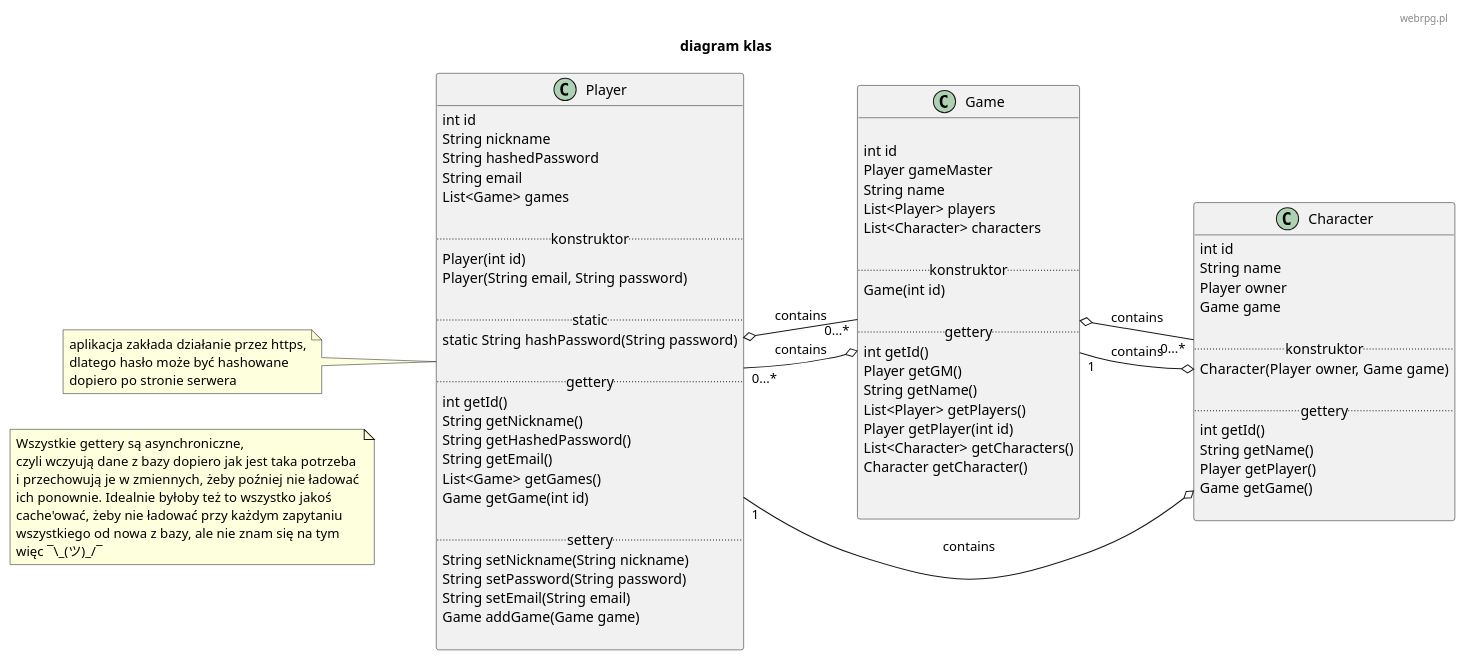
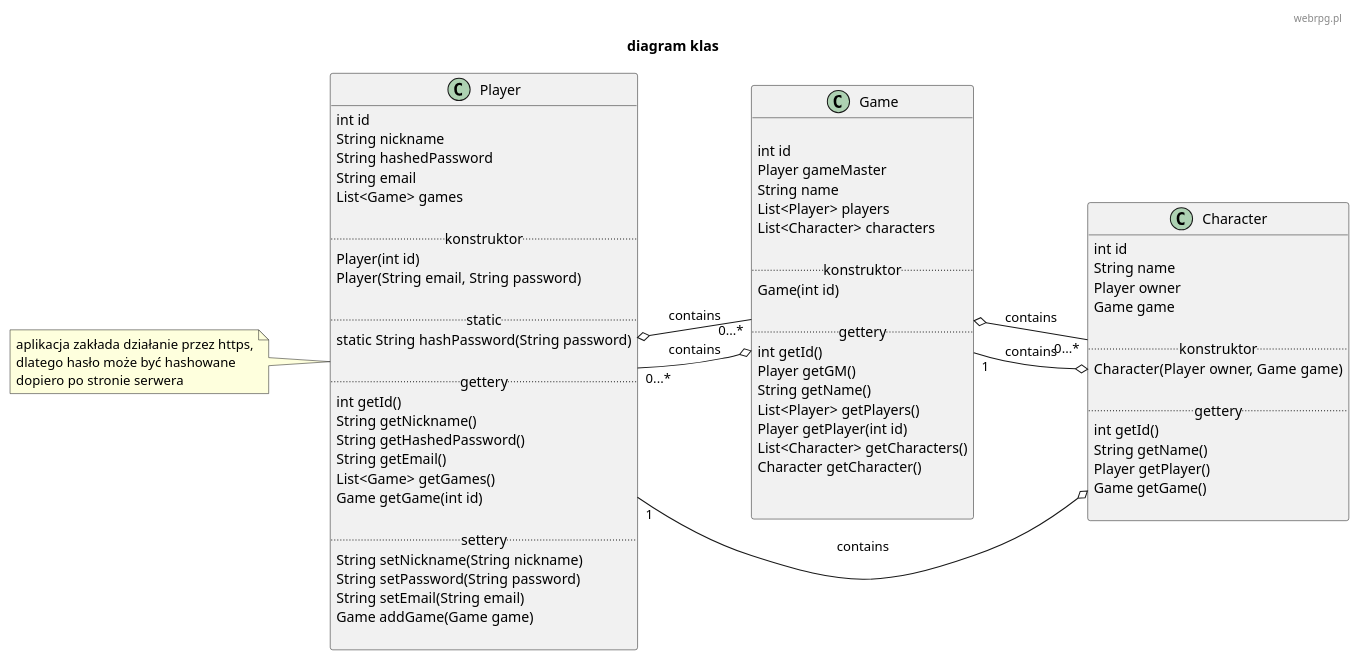
One commit to TheVivent-Politechnika-Lodzka/io_webrpg changed the diagram in diagrams/diagram_klas.plantuml. Above: the diagram before and after it, drawn with PlantUML. The commit also changed 1 other file, not shown here.

```diff
--- a/diagrams/diagram_klas.plantuml
+++ b/diagrams/diagram_klas.plantuml
@@ -1,105 +1,92 @@
 @startuml
 skinparam defaultFontName "Comic Sans MS"
 header webrpg.pl
 title "diagram klas"
 left to right direction
-
-
-note as n1
-    Wszystkie gettery są asynchroniczne,
-    czyli wczyują dane z bazy dopiero jak jest taka potrzeba
-    i przechowują je w zmiennych, żeby poźniej nie ładować
-    ich ponownie. Idealnie byłoby też to wszystko jakoś
-    cache'ować, żeby nie ładować przy każdym zapytaniu
-    wszystkiego od nowa z bazy, ale nie znam się na tym
-    więc ¯\_(ツ)_/¯
-end note
-
-
 
 class "Player" {
     int id
     String nickname
     String hashedPassword
     String email
     List<Game> games
 
     .. konstruktor ..
     Player(int id)
     Player(String email, String password)
 
     .. static ..
     static String hashPassword(String password)
 
     .. gettery ..
     int getId()
     String getNickname()
     String getHashedPassword()
     String getEmail()
     List<Game> getGames()
     Game getGame(int id)
 
     .. settery ..
     String setNickname(String nickname)
     String setPassword(String password)
     String setEmail(String email)
     Game addGame(Game game)
 
 }
 note left of Player
     aplikacja zakłada działanie przez https,
     dlatego hasło może być hashowane
     dopiero po stronie serwera
 end note
 
 
 class "Game"{
     
     int id
     Player gameMaster
     String name
     List<Player> players
     List<Character> characters
 
     .. konstruktor ..
     Game(int id)
 
     .. gettery ..
     int getId()
     Player getGM()
     String getName()
     List<Player> getPlayers()
     Player getPlayer(int id)
     List<Character> getCharacters()
     Character getCharacter()
 
 
 }
 
 
 class "Character"{
     int id
     String name
     Player owner
     Game game
 
     .. konstruktor ..
     Character(Player owner, Game game)
 
     .. gettery ..
     int getId()
     String getName()
     Player getPlayer()
     Game getGame()
 
 }
 
 Player o-- "0...*" Game: contains
 
 Game o-- "0...*" Player: contains
 Game o-- "0...*" Character: contains
 
 Character o-- "1" Player: contains
 Character o-- "1" Game: contains
 
 @enduml
```
